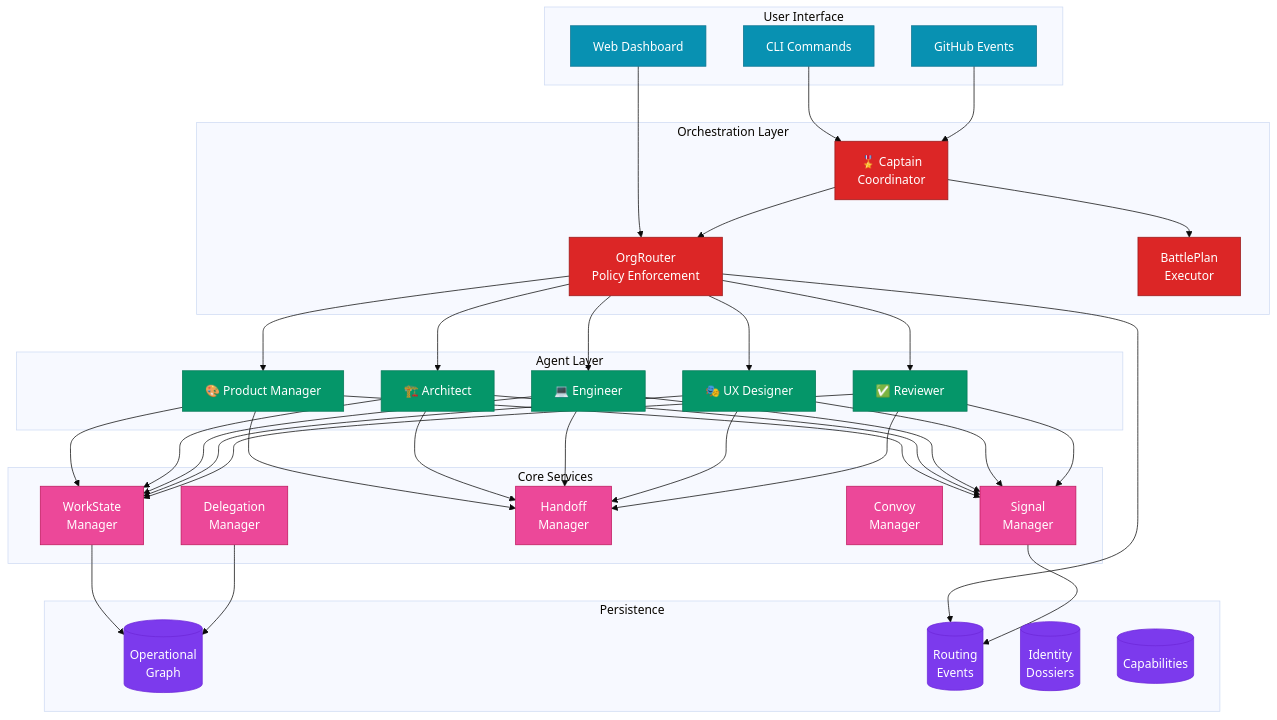
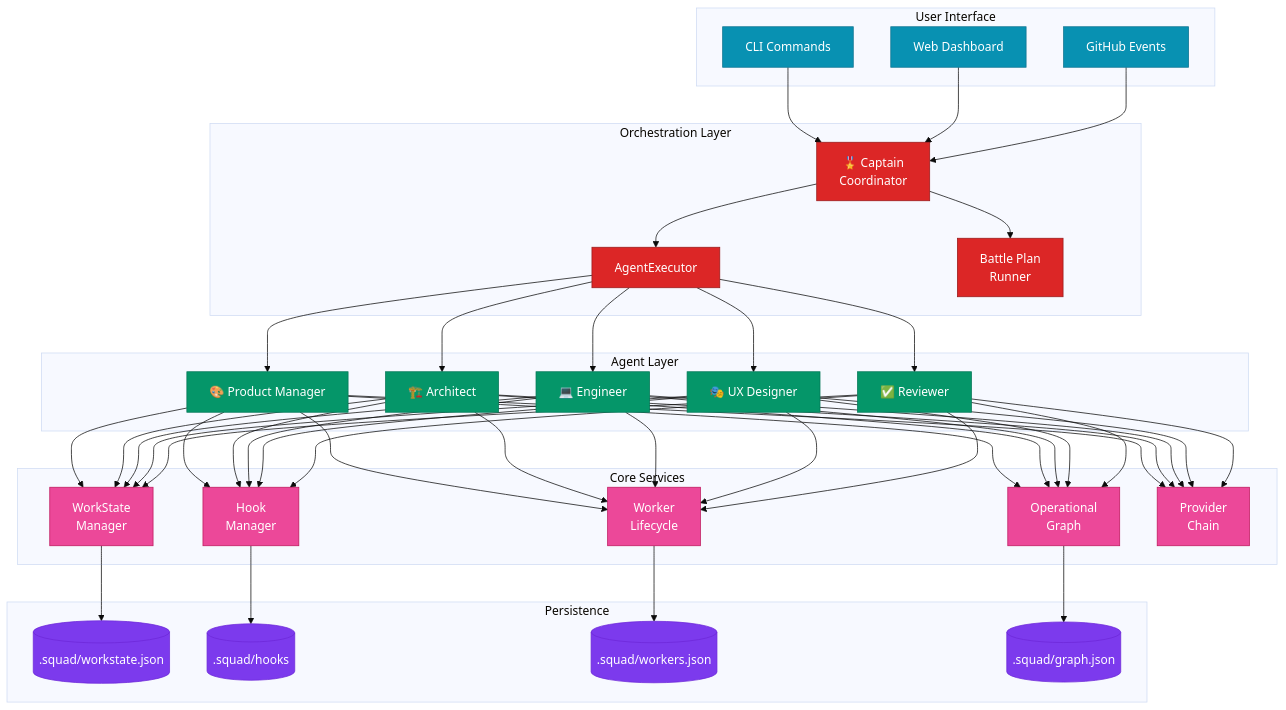
Before and after one commit to jnPiyush/AI-Squad: the first of 4 diagrams in docs/architecture/ARCHITECTURE-DIAGRAMS.md, drawn with Mermaid (base theme). The commit also changed other lines of this file and 33 other files, not shown here.

````diff
--- a/docs/architecture/ARCHITECTURE-DIAGRAMS.md
+++ b/docs/architecture/ARCHITECTURE-DIAGRAMS.md
@@ -19,66 +18,68 @@
 ```mermaid
 graph TB
     subgraph "User Interface"
         CLI[CLI Commands]
         Dashboard[Web Dashboard]
         GH[GitHub Events]
     end
     
     subgraph "Orchestration Layer"
         Captain[🎖️ Captain<br/>Coordinator]
-        Router[OrgRouter<br/>Policy Enforcement]
-        BPE[BattlePlan<br/>Executor]
+        Executor[AgentExecutor]
+        BPE[Battle Plan<br/>Runner]
     end
     
     subgraph "Agent Layer"
         PM[🎨 Product Manager]
         Arch[🏗️ Architect]
         Eng[💻 Engineer]
         UX[🎭 UX Designer]
         Rev[✅ Reviewer]
     end
     
     subgraph "Core Services"
         WS[WorkState<br/>Manager]
-        Signal[Signal<br/>Manager]
-        Handoff[Handoff<br/>Manager]
-        Convoy[Convoy<br/>Manager]
-        Del[Delegation<br/>Manager]
+        Hooks[Hook<br/>Manager]
+        Workers[Worker<br/>Lifecycle]
+        Graph[Operational<br/>Graph]
+        Providers[Provider<br/>Chain]
     end
     
     subgraph "Persistence"
-        Graph[(Operational<br/>Graph)]
-        Events[(Routing<br/>Events)]
-        Identity[(Identity<br/>Dossiers)]
-        Caps[(Capabilities)]
+        State[(.squad/workstate.json)]
+        HookStore[(.squad/hooks)]
+        WorkerStore[(.squad/workers.json)]
+        GraphStore[(.squad/graph.json)]
     end
     
     CLI --> Captain
-    Dashboard --> Router
+    Dashboard --> Captain
     GH --> Captain
-    
-    Captain --> Router
+
+    Captain --> Executor
     Captain --> BPE
-    Router --> PM & Arch & Eng & UX & Rev
-    
+    Executor --> PM & Arch & Eng & UX & Rev
+
     PM & Arch & Eng & UX & Rev --> WS
-    PM & Arch & Eng & UX & Rev --> Signal
-    PM & Arch & Eng & UX & Rev --> Handoff
-    
-    WS --> Graph
-    Router --> Events
-    Signal --> Events
-    Del --> Graph
+    PM & Arch & Eng & UX & Rev --> Hooks
+    PM & Arch & Eng & UX & Rev --> Workers
+    PM & Arch & Eng & UX & Rev --> Graph
+    PM & Arch & Eng & UX & Rev --> Providers
+
+    WS --> State
+    Hooks --> HookStore
+    Workers --> WorkerStore
+    Graph --> GraphStore
     
     classDef user fill:#0891b2,stroke:#0e7490,color:#fff
     classDef orch fill:#dc2626,stroke:#991b1b,color:#fff
     classDef agent fill:#059669,stroke:#047857,color:#fff
     classDef core fill:#ec4899,stroke:#be185d,color:#fff
     classDef persist fill:#7c3aed,stroke:#6d28d9,color:#fff
     
     class CLI,Dashboard,GH user
-    class Captain,Router,BPE orch
+    class Captain,Executor,BPE orch
     class PM,Arch,Eng,UX,Rev agent
-    class WS,Signal,Handoff,Convoy,Del core
-    class Graph,Events,Identity,Caps persist
+    class WS,Hooks,Workers,Graph,Providers core
+    class State,HookStore,WorkerStore,GraphStore persist
 ```
````
